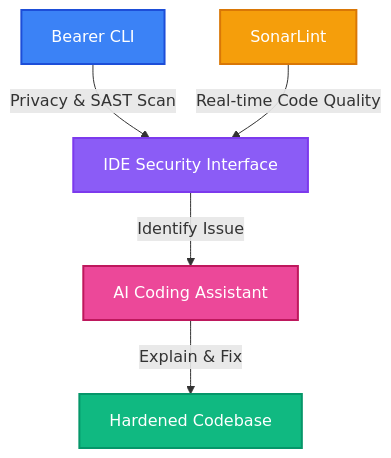
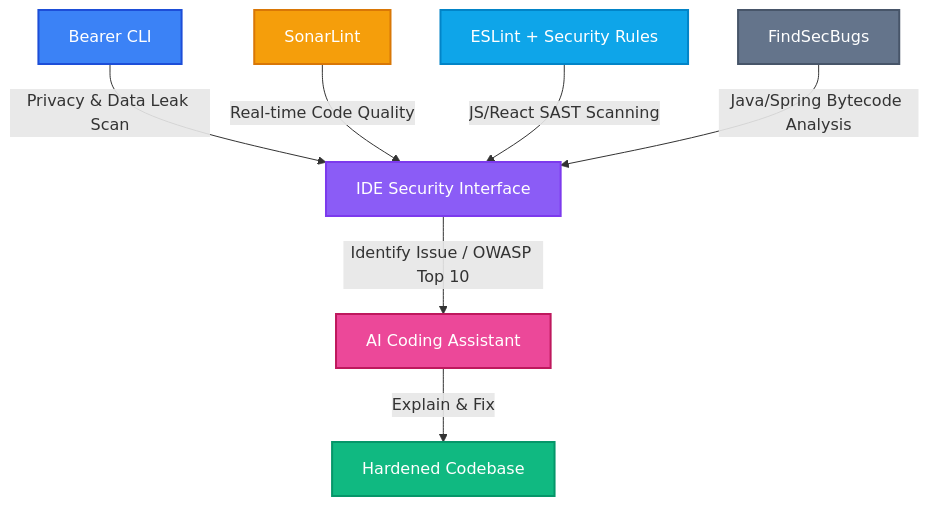
The second of 3 diagrams in DevSecOps-Guide.md (dimk1301/Guides), drawn with Mermaid before and after one commit. The commit also changed other lines of this file, not shown here.

````diff
--- a/DevSecOps-Guide.md
+++ b/DevSecOps-Guide.md
@@ -104,15 +111,19 @@
 ```mermaid
 flowchart TD
-    A[Bearer CLI] -->|Privacy & SAST Scan| C[IDE Security Interface]
-    B[SonarLint] -->|Real-time Code Quality| C
+    A[Bearer CLI] -->|Privacy & Data Leak Scan| E[IDE Security Interface]
+    B[SonarLint] -->|Real-time Code Quality| E
+    C[ESLint + Security Rules] -->|JS/React SAST Scanning| E
+    D[FindSecBugs] -->|Java/Spring Bytecode Analysis| E
 
-    C -->|Identify Issue| D[AI Coding Assistant]
-    D -->|Explain & Fix| E[Hardened Codebase]
+    E -->|Identify Issue / OWASP Top 10| F[AI Coding Assistant]
+    F -->|Explain & Fix| G[Hardened Codebase]
 
     style A fill:#3B82F6,stroke:#1D4ED8,stroke-width:2px,color:#fff
     style B fill:#F59E0B,stroke:#D97706,stroke-width:2px,color:#fff
-    style C fill:#8B5CF6,stroke:#7C3AED,stroke-width:2px,color:#fff
-    style D fill:#EC4899,stroke:#BE185D,stroke-width:2px,color:#fff
-    style E fill:#10B981,stroke:#059669,stroke-width:2px,color:#fff
+    style C fill:#0ea5e9,stroke:#0284c7,stroke-width:2px,color:#fff
+    style D fill:#64748b,stroke:#475569,stroke-width:2px,color:#fff
+    style E fill:#8B5CF6,stroke:#7C3AED,stroke-width:2px,color:#fff
+    style F fill:#EC4899,stroke:#BE185D,stroke-width:2px,color:#fff
+    style G fill:#10B981,stroke:#059669,stroke-width:2px,color:#fff
 
 ```
````
